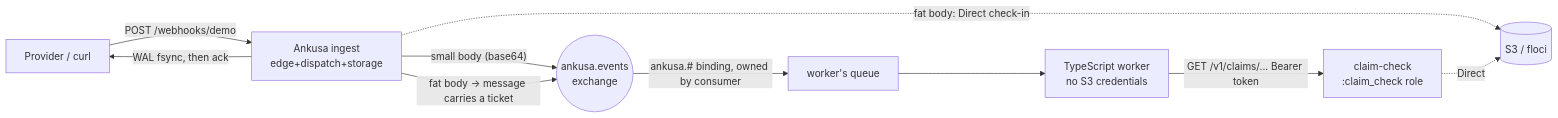
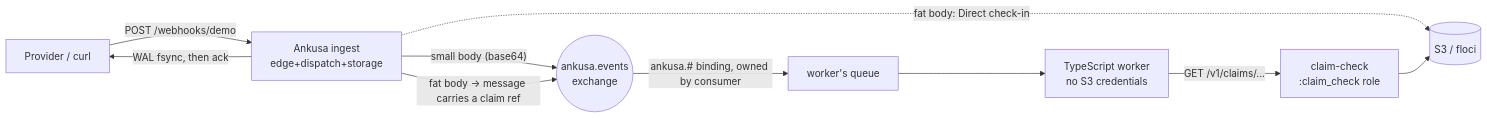
One commit to jamescarr/ankusa changed the diagram in examples/rabbitmq-consumer/README.md. Above: the diagram before and after it, drawn with Mermaid. The commit also changed other lines of this file and 67 other files, not shown here.

````diff
--- a/examples/rabbitmq-consumer/README.md
+++ b/examples/rabbitmq-consumer/README.md
@@ -8,12 +8,12 @@
 ```mermaid
 flowchart LR
     P[Provider / curl] -->|POST /webhooks/demo| I[Ankusa ingest\nedge+dispatch+storage]
     I -->|WAL fsync, then ack| P
     I -->|"small body (base64)"| X((ankusa.events\nexchange))
     I -.fat body: Direct check-in.-> S[(S3 / floci)]
-    I -->|"fat body → message carries a ticket"| X
+    I -->|"fat body → message carries a claim ref"| X
     X -->|ankusa.# binding, owned by consumer| Q[worker's queue]
     Q --> W[TypeScript worker\nno S3 credentials]
-    W -->|GET /v1/claims/... Bearer token| CC[claim-check\n:claim_check role]
-    CC -.Direct.-> S
+    W -->|GET /v1/claims/...| CC[claim-check\n:claim_check role]
+    CC --> S
 ```
````
